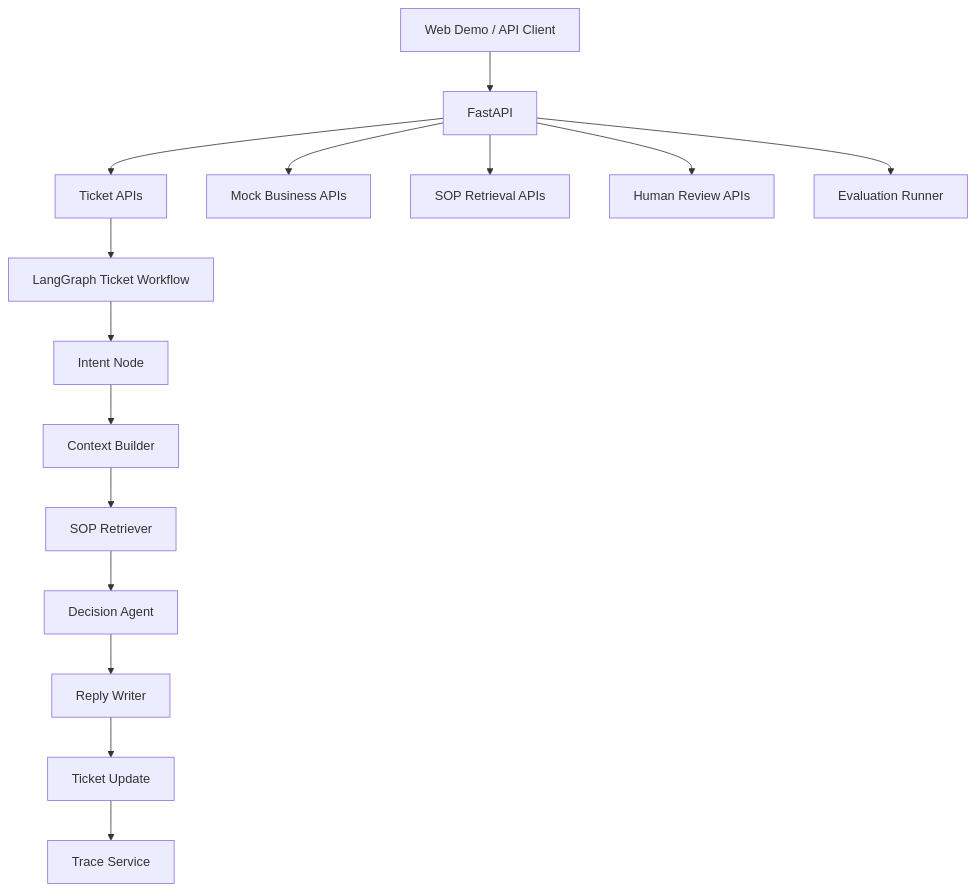
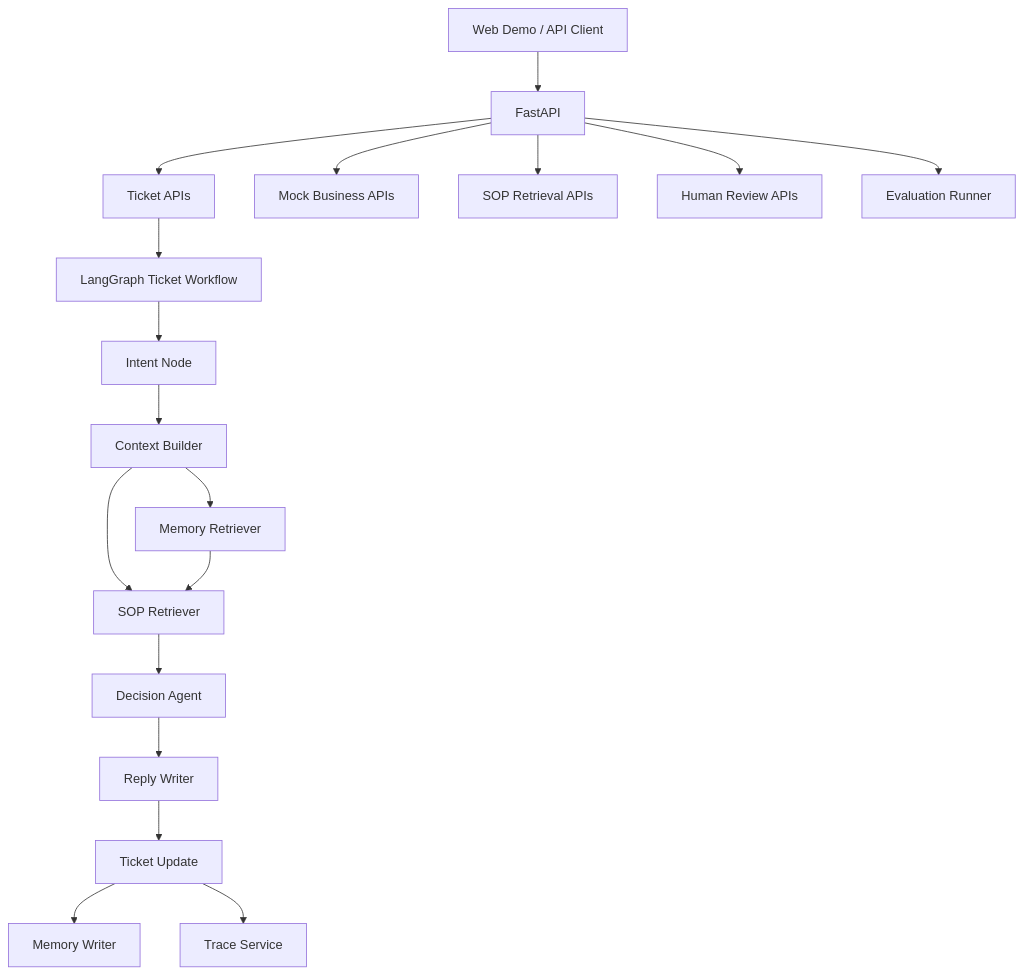
One commit to z8964/support-sop-agent changed the diagram in README.en.md. Above: the diagram before and after it, drawn with Mermaid. The commit also changed other lines of this file and 14 other files, not shown here.

````diff
--- a/README.en.md
+++ b/README.en.md
@@ -31,17 +32,20 @@
 ```mermaid
 flowchart TD
     A["Web Demo / API Client"] --> B["FastAPI"]
     B --> C["Ticket APIs"]
     B --> D["Mock Business APIs"]
     B --> E["SOP Retrieval APIs"]
     C --> F["LangGraph Ticket Workflow"]
     F --> G["Intent Node"]
     G --> H["Context Builder"]
     H --> I["SOP Retriever"]
+    H --> P["Memory Retriever"]
+    P --> I["SOP Retriever"]
     I --> J["Decision Agent"]
     J --> K["Reply Writer"]
     K --> L["Ticket Update"]
+    L --> Q["Memory Writer"]
     L --> M["Trace Service"]
     B --> N["Human Review APIs"]
     B --> O["Evaluation Runner"]
 ```
````
